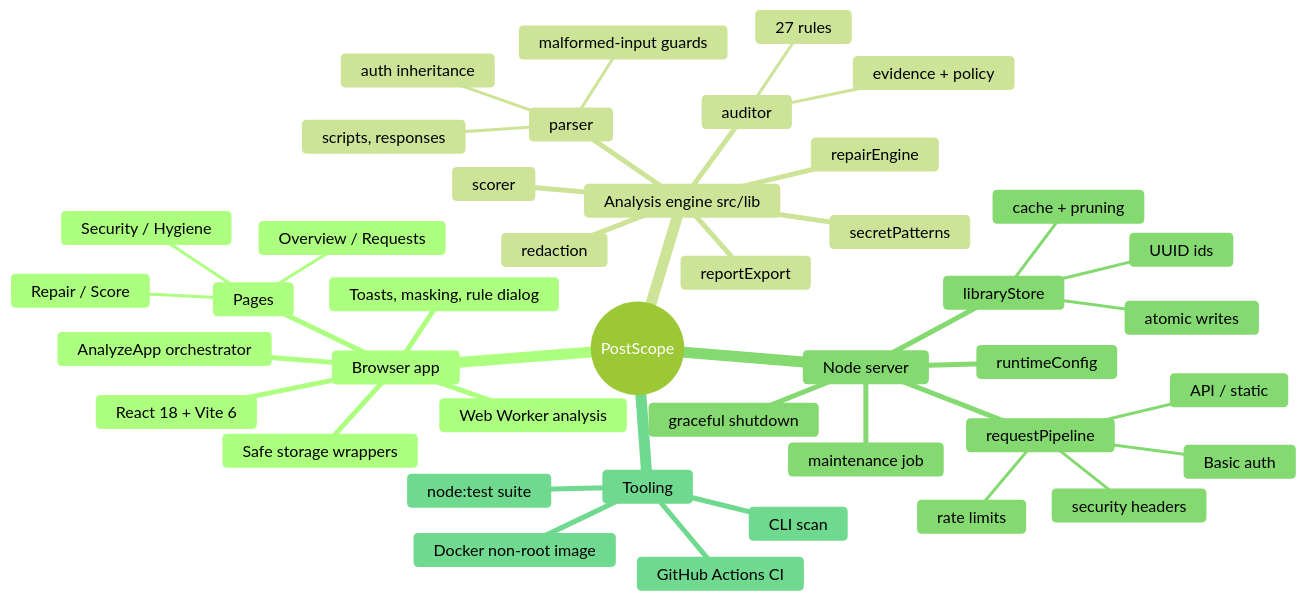
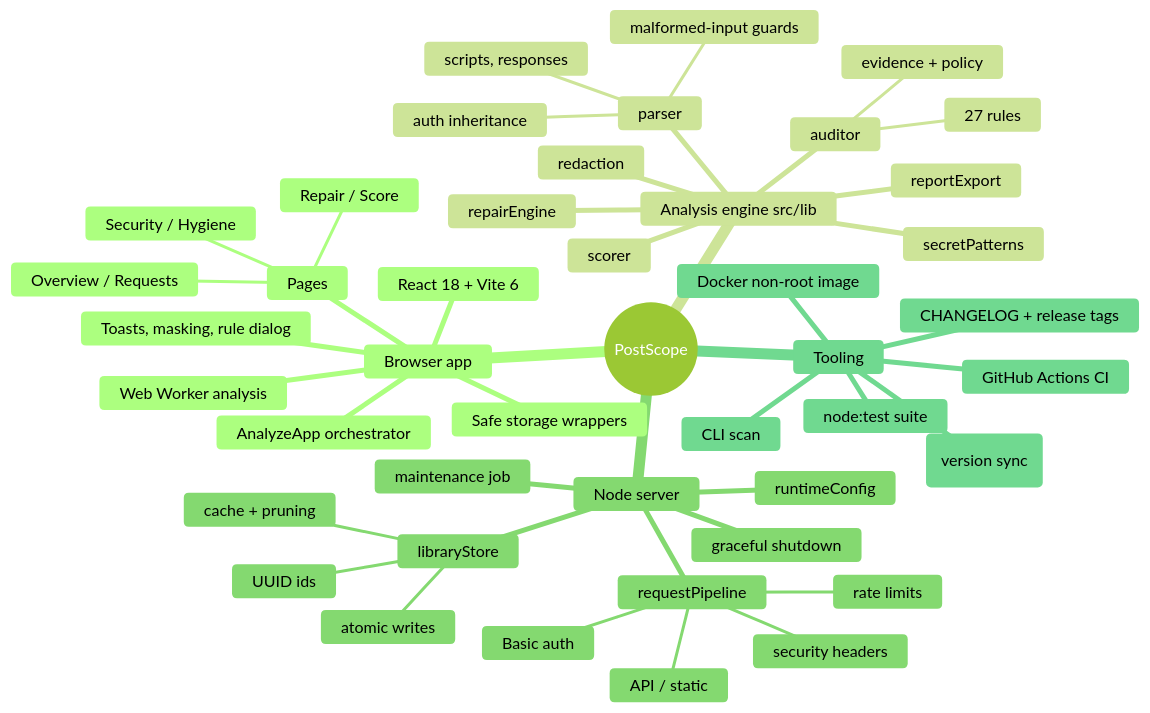
One commit to winksen/Postscope-App changed the first of 2 diagrams in docs/mindmap/TECHNICAL_MINDMAP.md. Above: the diagram before and after it, drawn with Mermaid (forest theme). The commit also changed other lines of this file and 16 other files, not shown here.

````diff
--- a/docs/mindmap/TECHNICAL_MINDMAP.md
+++ b/docs/mindmap/TECHNICAL_MINDMAP.md
@@ -11,45 +11,47 @@
 ```mermaid
 mindmap
   root((PostScope))
     Browser app
       React 18 + Vite 6
       AnalyzeApp orchestrator
       Pages
         Overview / Requests
         Security / Hygiene
         Repair / Score
       Web Worker analysis
       Toasts, masking, rule dialog
       Safe storage wrappers
     Analysis engine src/lib
       parser
         auth inheritance
         scripts, responses
         malformed-input guards
       auditor
         27 rules
         evidence + policy
       secretPatterns
       scorer
       repairEngine
       redaction
       reportExport
     Node server
       requestPipeline
         security headers
         Basic auth
         rate limits
         API / static
       libraryStore
         UUID ids
         atomic writes
         cache + pruning
       runtimeConfig
       maintenance job
       graceful shutdown
     Tooling
       CLI scan
       node:test suite
       GitHub Actions CI
       Docker non-root image
+      release:check (version sync)
+      CHANGELOG + release tags
 ```
````
